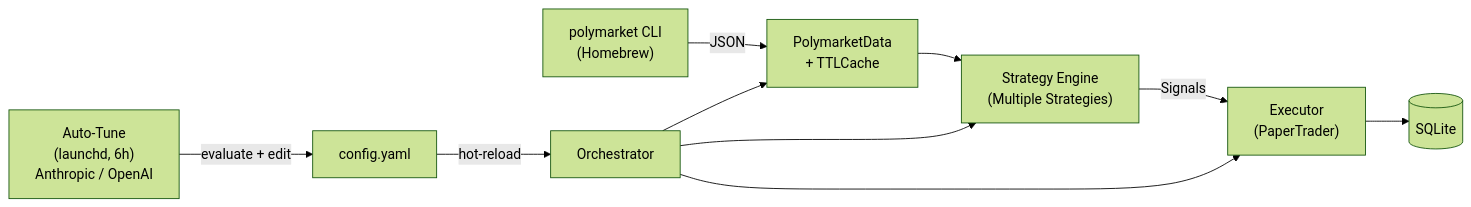
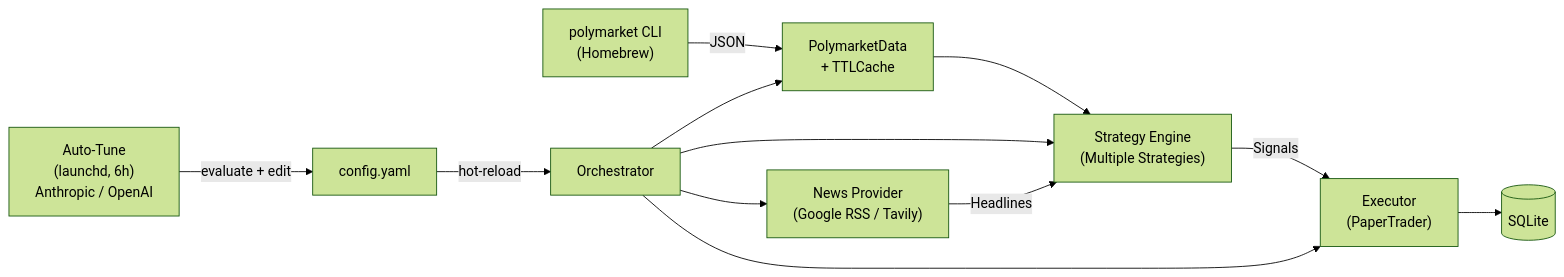
The diagram in README.md (pharrellyhy/polymarket-agent), drawn with Mermaid (forest theme) before and after one commit. The commit also changed other lines of this file and 30 other files, not shown here.

````diff
--- a/README.md
+++ b/README.md
@@ -27,21 +29,24 @@
 ```mermaid
 flowchart LR
     CLI["polymarket CLI<br/>(Homebrew)"]
     Data["PolymarketData<br/>+ TTLCache"]
+    News["News Provider<br/>(Google RSS / Tavily)"]
     Strat["Strategy Engine<br/>(Multiple Strategies)"]
     Exec["Executor<br/>(PaperTrader)"]
     DB[(SQLite)]
     Orch["Orchestrator"]
     Config["config.yaml"]
     Tune["Auto-Tune<br/>(launchd, 6h)<br/>Anthropic / OpenAI"]
 
     CLI -->|JSON| Data
     Orch --> Data
     Orch --> Strat
+    Orch --> News
     Orch --> Exec
     Data --> Strat
+    News -->|Headlines| Strat
     Strat -->|Signals| Exec
     Exec --> DB
     Config -->|hot-reload| Orch
     Tune -->|evaluate + edit| Config
 ```
````
